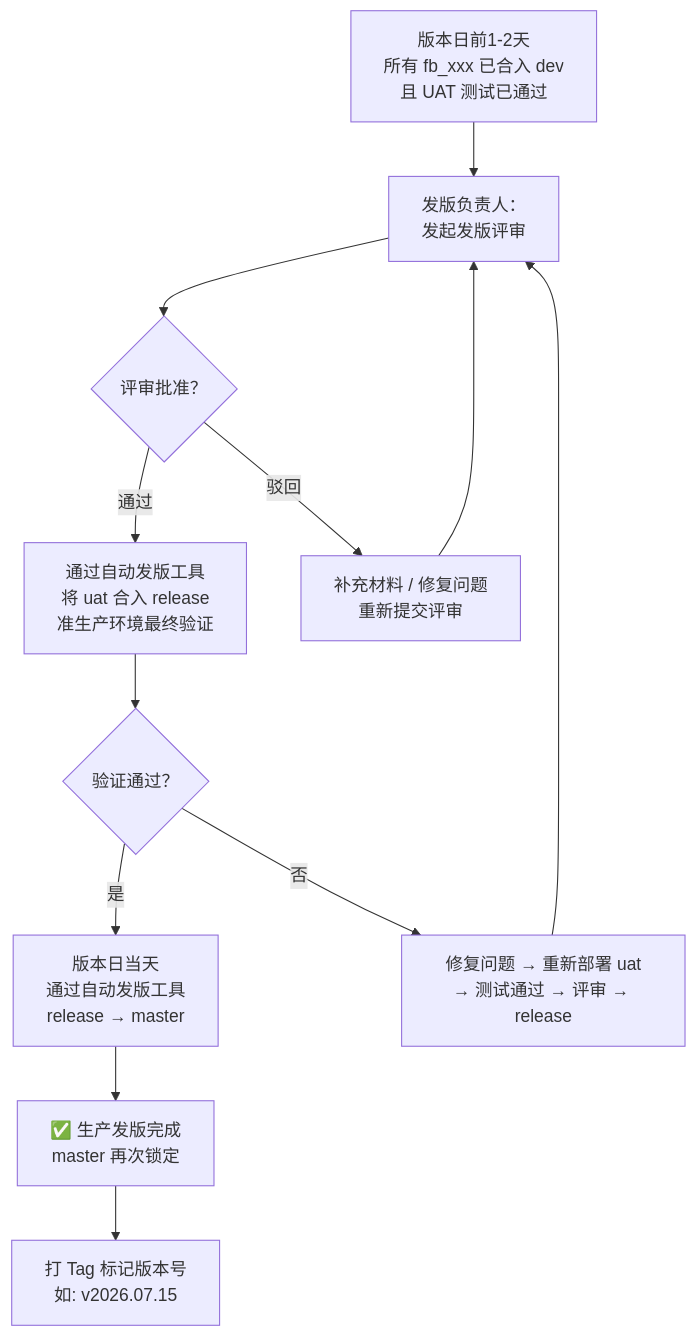
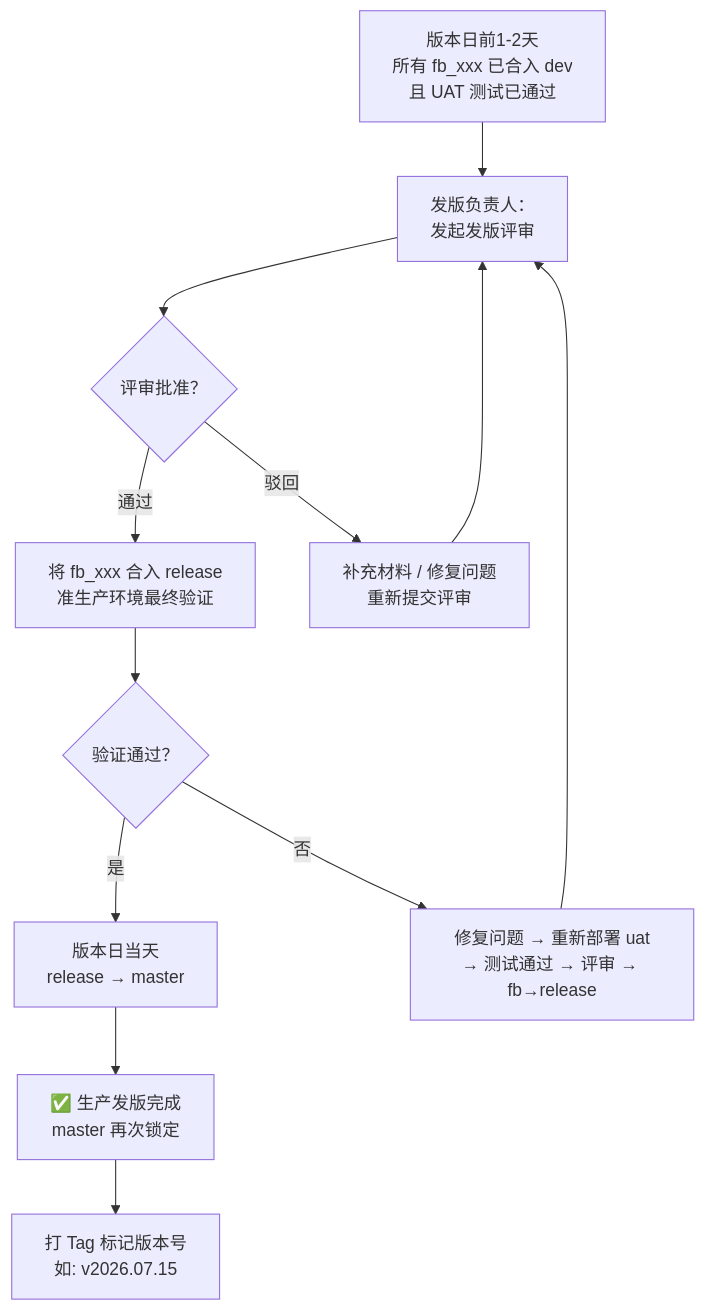
One commit to livebug/vpblogs changed the tenth of 19 diagrams in docs/learn/VSCodeEx/2026-07-11-vscode-git-guide.md. Above: the diagram before and after it, drawn with Mermaid. The commit also changed other lines of this file and 5 other files, not shown here.

First line of the commit message:
fix(docs,components): correct release flow and clean up code

````diff
--- a/docs/learn/VSCodeEx/2026-07-11-vscode-git-guide.md
+++ b/docs/learn/VSCodeEx/2026-07-11-vscode-git-guide.md
@@ -441,14 +441,14 @@
 ```mermaid
 flowchart TD
     A["版本日前1-2天<br/>所有 fb_xxx 已合入 dev<br/>且 UAT 测试已通过"] --> B["发版负责人：<br/>发起发版评审"]
     B --> C{"评审批准？"}
-    C -->|"通过"| D["通过自动发版工具<br/>将 uat 合入 release<br/>准生产环境最终验证"]
+    C -->|"通过"| D["将 fb_xxx 合入 release<br/>准生产环境最终验证"]
     C -->|"驳回"| E["补充材料 / 修复问题<br/>重新提交评审"]
     E --> B
     D --> F{"验证通过？"}
-    F -->|"是"| G["版本日当天<br/>通过自动发版工具<br/>release → master"]
-    F -->|"否"| H["修复问题 → 重新部署 uat<br/>→ 测试通过 → 评审 → release"]
+    F -->|"是"| G["版本日当天<br/>release → master"]
+    F -->|"否"| H["修复问题 → 重新部署 uat<br/>→ 测试通过 → 评审 → fb→release"]
     H --> B
     G --> I["✅ 生产发版完成<br/>master 再次锁定"]
     I --> J["打 Tag 标记版本号<br/>如: v2026.07.15"]
 ```
````
